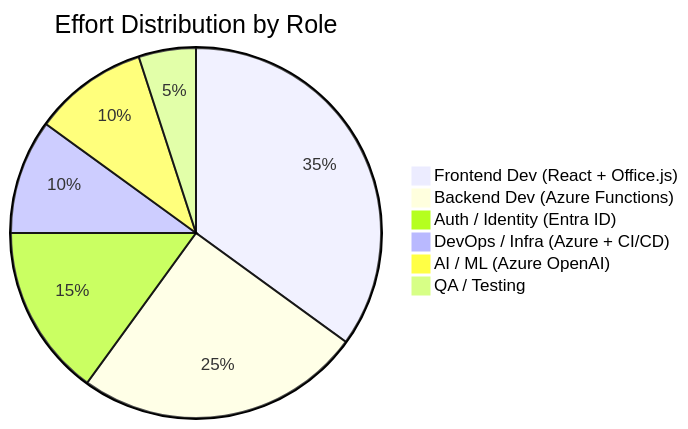
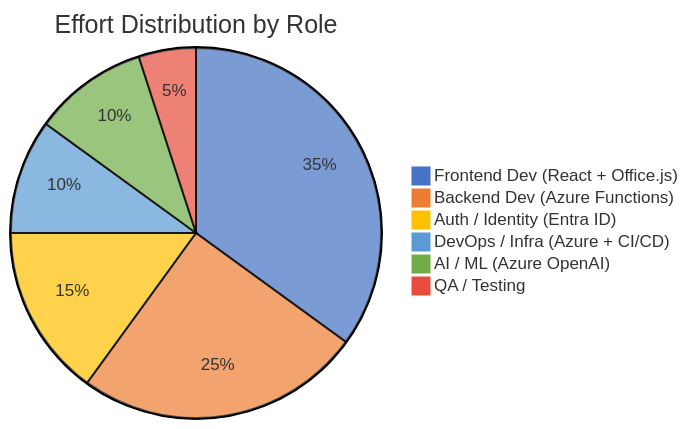
The first of 5 diagrams in docs/estimation.md (fredgis/OfficeAddin), drawn with Mermaid before and after one commit. The commit also changed other lines of this file and 1 other file, not shown here.

First line of the commit message:
docs: enhance Mermaid diagrams with colors and fix broken charts

````diff
--- a/docs/estimation.md
+++ b/docs/estimation.md
@@ -9,9 +9,10 @@
 ```mermaid
+%%{init: {'theme': 'base', 'themeVariables': {'pie1': '#4472C4', 'pie2': '#ED7D31', 'pie3': '#FFC000', 'pie4': '#5B9BD5', 'pie5': '#70AD47', 'pie6': '#E74C3C', 'pieStrokeWidth': '2px', 'pieOuterStrokeWidth': '2px'}}}%%
 pie title Effort Distribution by Role
     "Frontend Dev (React + Office.js)" : 35
     "Backend Dev (Azure Functions)" : 25
     "Auth / Identity (Entra ID)" : 15
     "DevOps / Infra (Azure + CI/CD)" : 10
     "AI / ML (Azure OpenAI)" : 10
     "QA / Testing" : 5
 ```
````
